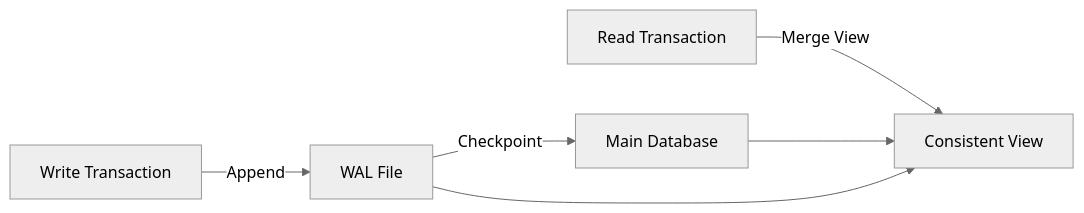
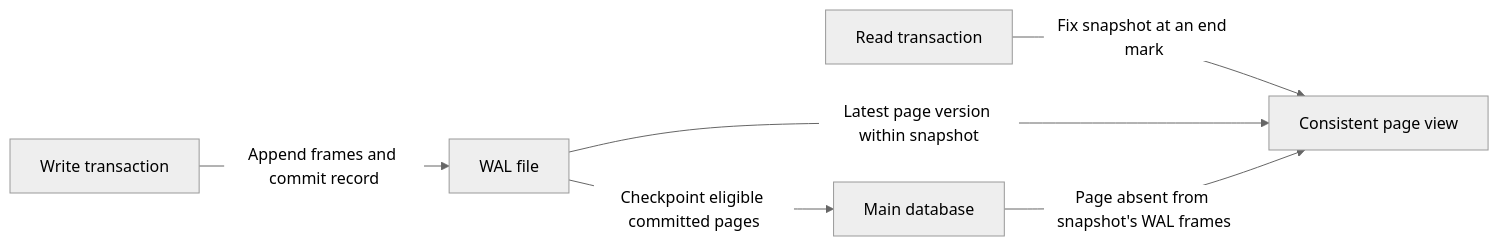
One commit to benbjohnson/litestream changed the first of 2 diagrams in docs/SQLITE_INTERNALS.md. Above: the diagram before and after it, drawn with Mermaid (neutral theme). The commit also changed other lines of this file and 58 other files, not shown here.

````diff
--- a/docs/SQLITE_INTERNALS.md
+++ b/docs/SQLITE_INTERNALS.md
@@ -37,8 +9,8 @@
 ```mermaid
-graph LR
-    Write[Write Transaction] -->|Append| WAL[WAL File]
-    WAL -->|Checkpoint| DB[Main Database]
-    Read[Read Transaction] -->|Merge View| View[Consistent View]
-    DB --> View
-    WAL --> View
+flowchart LR
+    Writer[Write transaction] -->|Append frames and commit record| WAL[WAL file]
+    WAL -->|Checkpoint eligible committed pages| DB[Main database]
+    Reader[Read transaction] -->|Fix snapshot at an end mark| View[Consistent page view]
+    WAL -->|Latest page version within snapshot| View
+    DB -->|Page absent from snapshot's WAL frames| View
 ```
````
